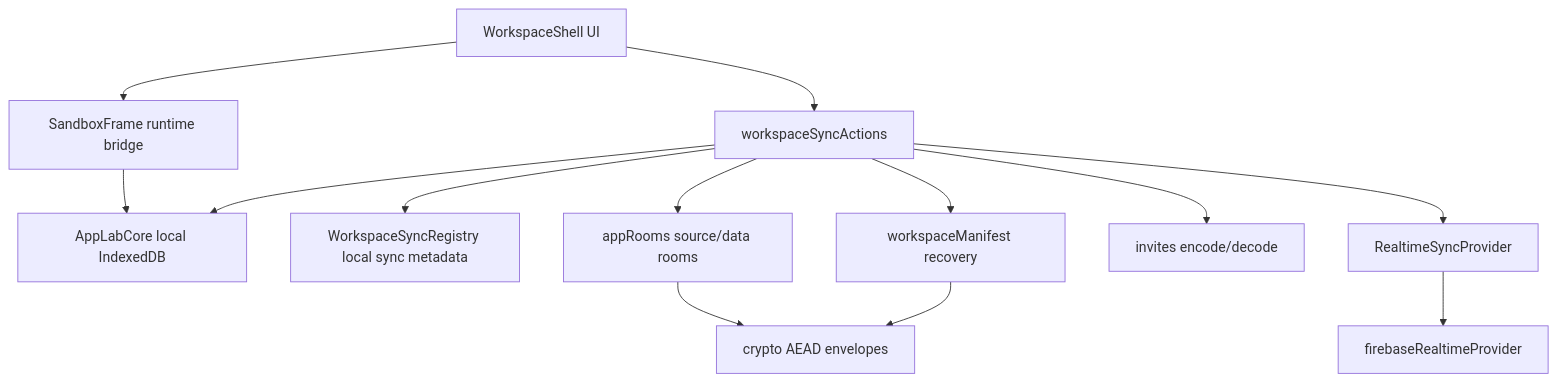
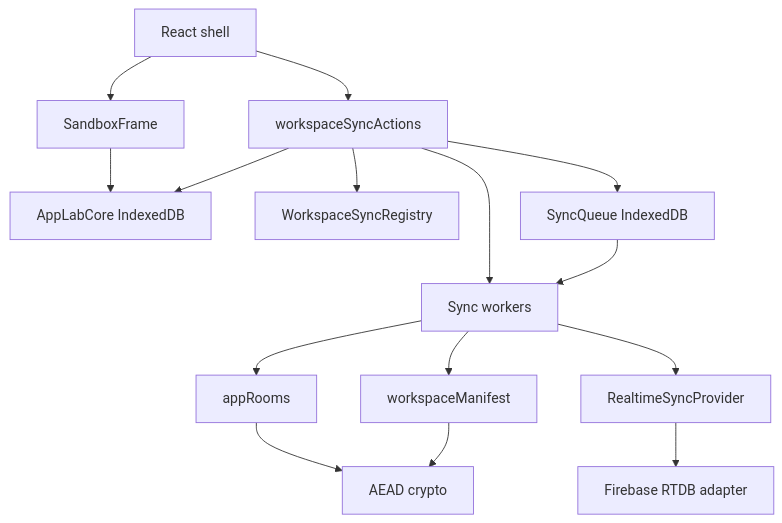
The first of 2 diagrams in docs/2.architecture-sync.md (loelindstrom/app-lab), drawn with Mermaid before and after one commit. The commit also changed other lines of this file and 6 other files, not shown here.

````diff
--- a/docs/2.architecture-sync.md
+++ b/docs/2.architecture-sync.md
@@ -35,15 +35,17 @@
 ```mermaid
 flowchart TD
-  Shell[WorkspaceShell UI] --> Actions[workspaceSyncActions]
-  Shell --> Runtime[SandboxFrame runtime bridge]
-  Runtime --> Core[AppLabCore local IndexedDB]
+  UI[React shell] --> Runtime[SandboxFrame]
+  UI --> Actions[workspaceSyncActions]
+  Runtime --> Core[AppLabCore IndexedDB]
   Actions --> Core
-  Actions --> Registry[WorkspaceSyncRegistry local sync metadata]
-  Actions --> AppRooms[appRooms source/data rooms]
-  Actions --> Manifest[workspaceManifest recovery]
-  Actions --> Invites[invites encode/decode]
-  AppRooms --> Crypto[crypto AEAD envelopes]
+  Actions --> Registry[WorkspaceSyncRegistry]
+  Actions --> Queue[SyncQueue IndexedDB]
+  Actions --> Workers[Sync workers]
+  Queue --> Workers
+  Workers --> Rooms[appRooms]
+  Workers --> Manifest[workspaceManifest]
+  Rooms --> Crypto[AEAD crypto]
   Manifest --> Crypto
-  Actions --> Provider[RealtimeSyncProvider]
-  Provider --> Firebase[firebaseRealtimeProvider]
+  Workers --> Provider[RealtimeSyncProvider]
+  Provider --> Firebase[Firebase RTDB adapter]
 ```
````
